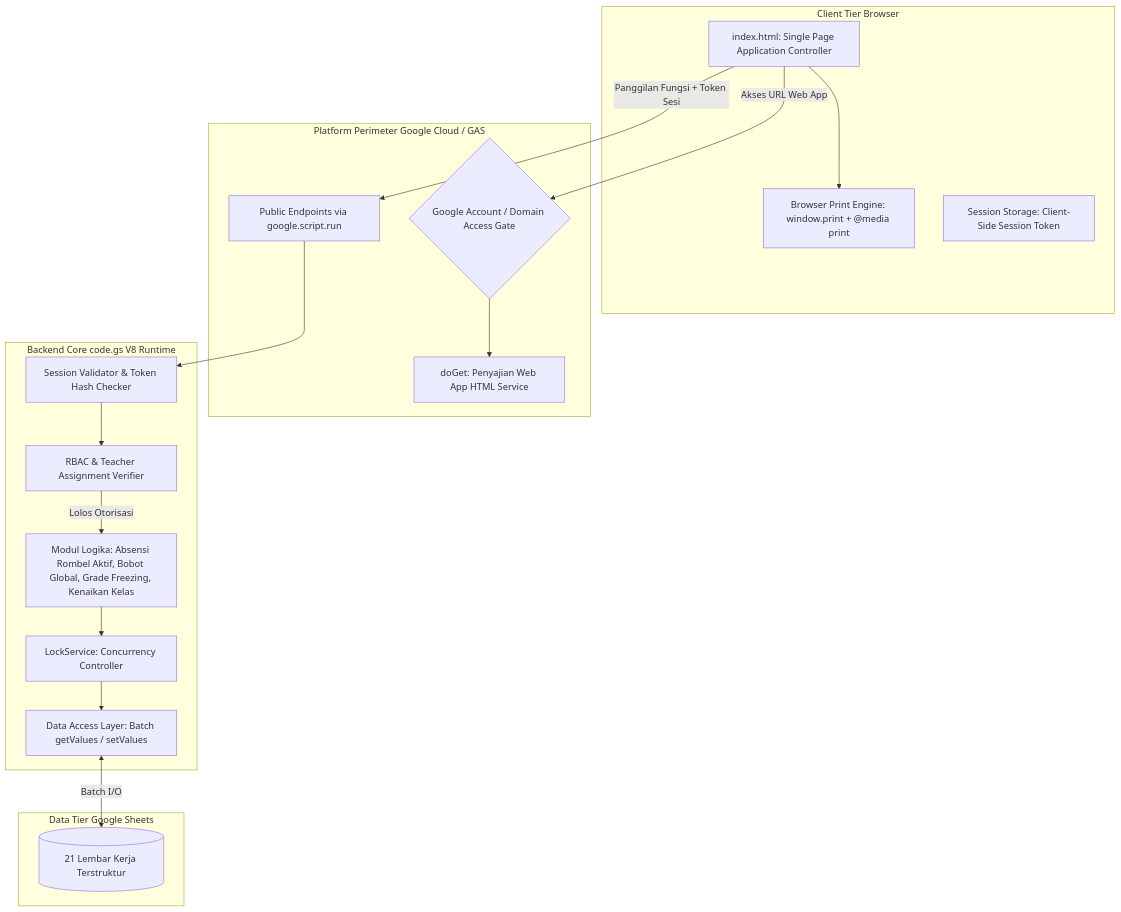
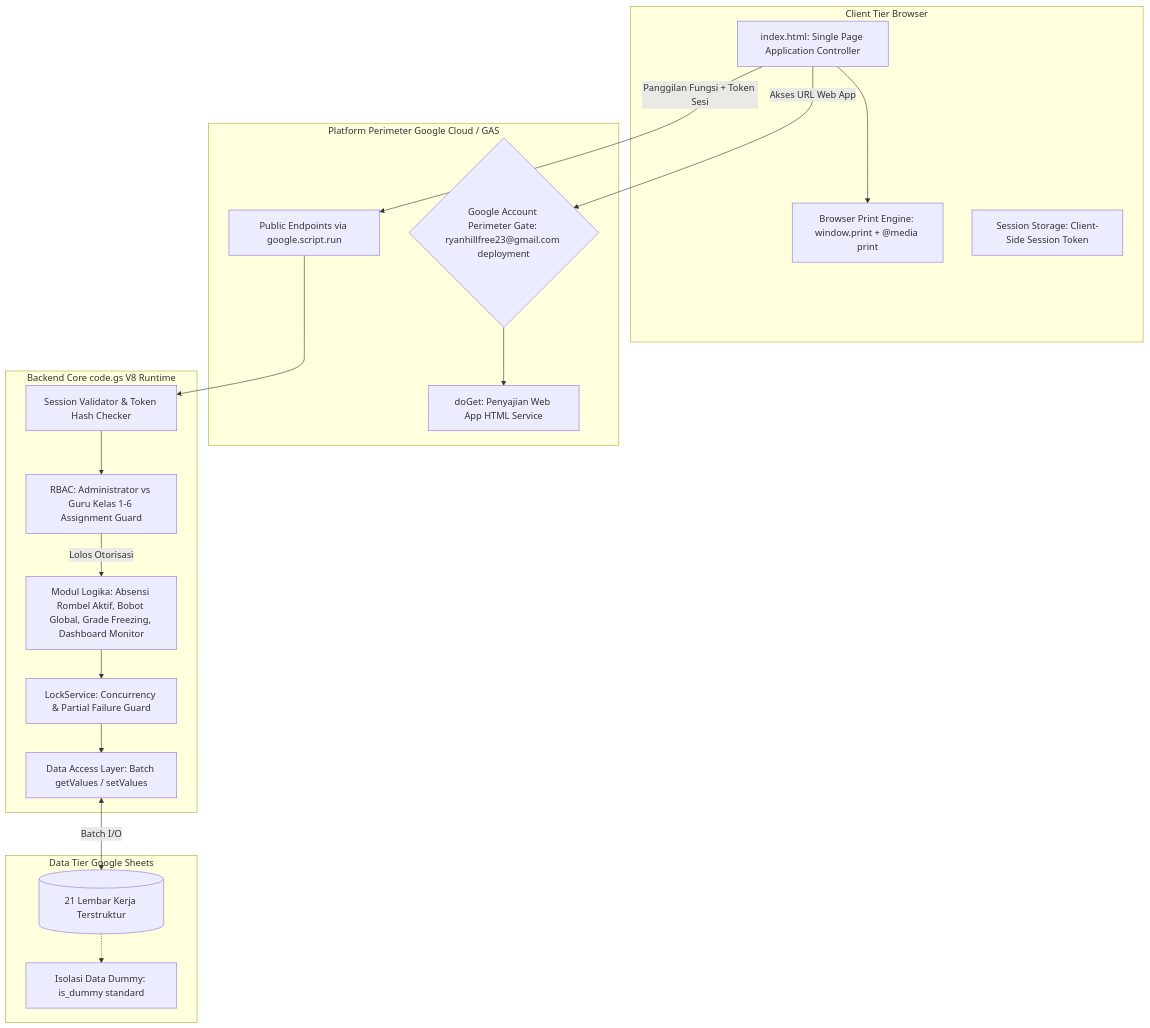
The first of 5 diagrams in .docs/.architecture.md (ryanea-exe/WebsiteAppScript-AbsensiPenilaianSiswaSD), drawn with Mermaid before and after one commit. The commit also changed other lines of this file and 7 other files, not shown here.

Commit message:
refactor: update architecture, database, gemini, prd, and tasks documentation alongside security benchmarks and setup scripts

````diff
--- a/.docs/.architecture.md
+++ b/.docs/.architecture.md
@@ -30,37 +37,39 @@
 ```mermaid
 graph TB
     subgraph Client Tier Browser
         UI[index.html: Single Page Application Controller]
         PrintEngine[Browser Print Engine: window.print + @media print]
         SessionMem[Session Storage: Client-Side Session Token]
     end
 
     subgraph Platform Perimeter Google Cloud / GAS
         WebAppEntry[doGet: Penyajian Web App HTML Service]
-        DeployGate{Google Account / Domain Access Gate}
+        DeployGate{Google Account Perimeter Gate: ryanhillfree23@gmail.com deployment}
         PublicAPI[Public Endpoints via google.script.run]
     end
 
     subgraph Backend Core code.gs V8 Runtime
         AuthGuard[Session Validator & Token Hash Checker]
-        RBACGuard[RBAC & Teacher Assignment Verifier]
-        BizLogic[Modul Logika: Absensi Rombel Aktif, Bobot Global, Grade Freezing, Kenaikan Kelas]
-        LockMgr[LockService: Concurrency Controller]
+        RBACGuard[RBAC: Administrator vs Guru Kelas 1-6 Assignment Guard]
+        BizLogic[Modul Logika: Absensi Rombel Aktif, Bobot Global, Grade Freezing, Dashboard Monitor]
+        LockMgr[LockService: Concurrency & Partial Failure Guard]
         BatchDAL[Data Access Layer: Batch getValues / setValues]
     end
 
     subgraph Data Tier Google Sheets
         DB[(21 Lembar Kerja Terstruktur)]
+        DummyTag[Isolasi Data Dummy: is_dummy standard]
     end
 
     UI -->|Akses URL Web App| DeployGate
     DeployGate --> WebAppEntry
     UI -->|Panggilan Fungsi + Token Sesi| PublicAPI
     PublicAPI --> AuthGuard
     AuthGuard --> RBACGuard
     RBACGuard -->|Lolos Otorisasi| BizLogic
     BizLogic --> LockMgr
     LockMgr --> BatchDAL
     BatchDAL <-->|Batch I/O| DB
+    DB -.-> DummyTag
     UI --> PrintEngine
 ```
````
